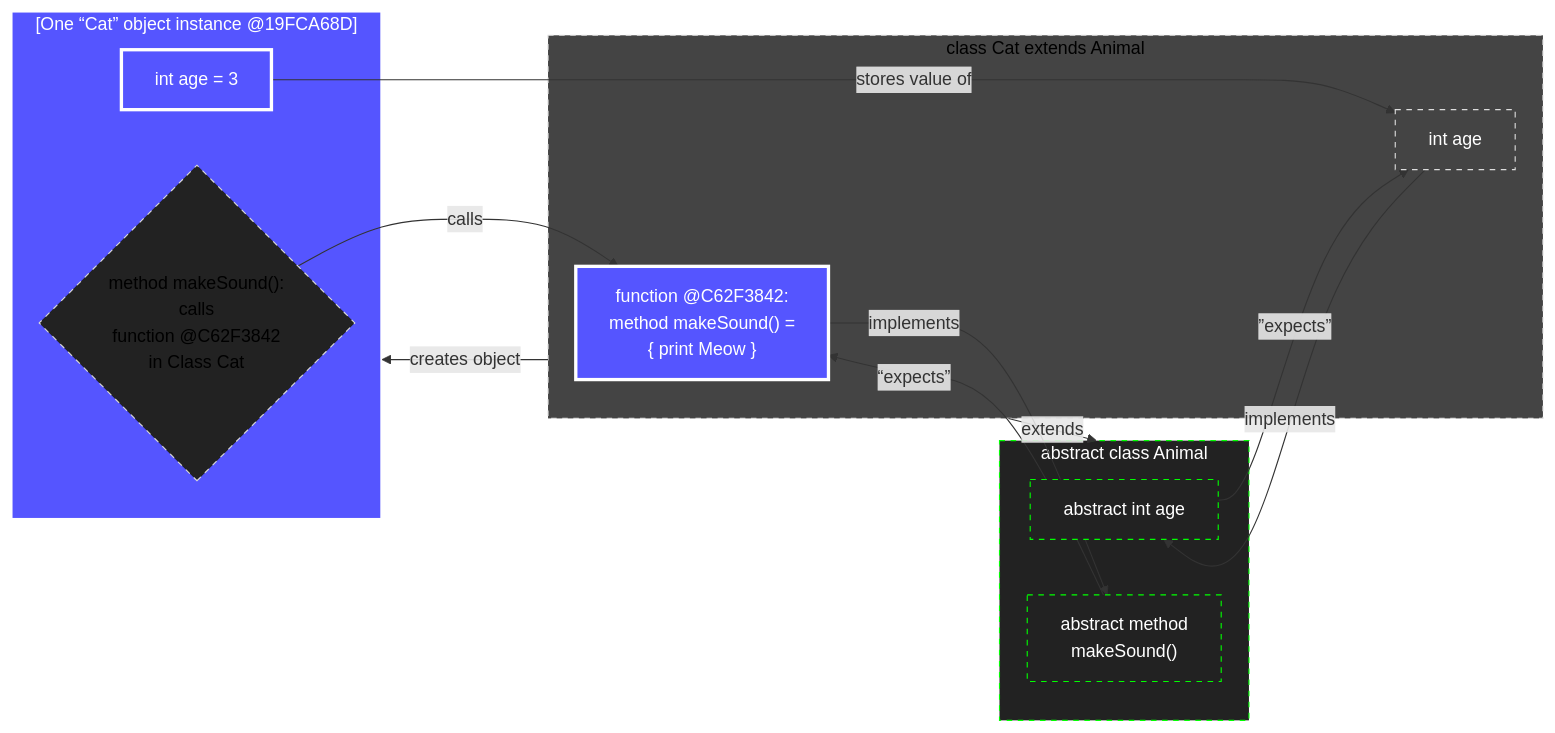
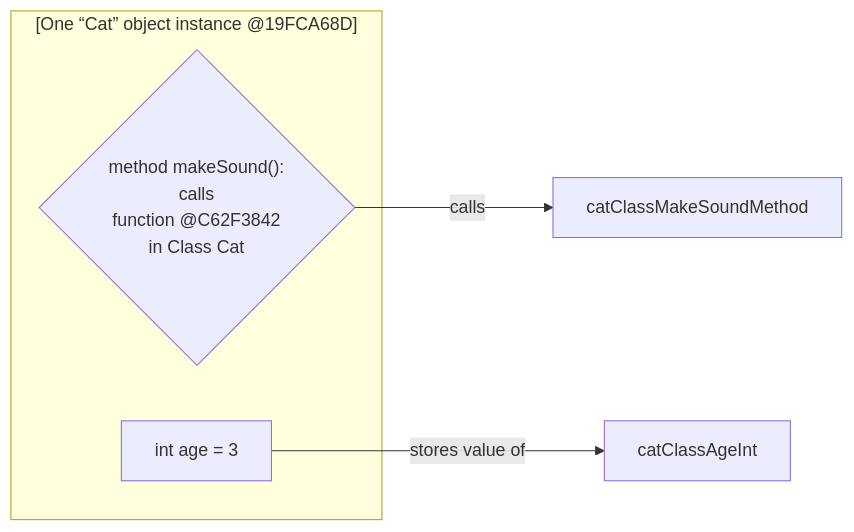
The first of 5 diagrams in 09-ClassOrientedProgramming.md (realityexpander/How_to_program_from_ground_up), drawn with Mermaid before and after one commit.

Commit message:
Add to COP

````diff
--- a/09-ClassOrientedProgramming.md
+++ b/09-ClassOrientedProgramming.md
@@ -28,39 +28,39 @@
     ```mermaid
       flowchart LR
       
     catObjectMakeSoundMethodFunctionPointer -- calls --> catClassMakeSoundMethod:::Object
       catObjectAgeInt -- stores value of --> catClassAgeInt
       subgraph catObject["[One “Cat” object instance @19FCA68D]"]
           catObjectAgeInt["int age = 3"]
           catObjectMakeSoundMethodFunctionPointer{"method makeSound(): 
                                              calls 
                                        function @C62F3842
                                        in Class Cat"}
       end
-      abstractAgeInt -- ”expects” --> catClassAgeInt
-      abstractMakeSoundMethod -- “expects” --> catClassMakeSoundMethod:::Object
-      catClassAgeInt -- implements --> abstractAgeInt:::Abstract
-      subgraph classCat["class Cat extends Animal"]
-          catClassAgeInt["int age"]
-          catClassMakeSoundMethod["function @C62F3842:  
-                      method makeSound() =
-                      { print Meow }"]
-      end
-      
-      classCat -- creates object --> catObject:::Object
-      classCat -- extends --> abstractAnimal:::Abstract
-      catClassMakeSoundMethod -- implements --> abstractMakeSoundMethod:::Abstract
-      subgraph abstractAnimal["abstract class Animal"]
-        abstractAgeInt["abstract int age"]
-        abstractMakeSoundMethod["abstract method 
-                                 makeSound()"]
-      end
-      
-      classDef Abstract fill:#222, stroke:#0F0, stroke-width:1px, color:#fff, stroke-dasharray: 5 5
-      classDef Class fill:#444, stroke:#00F, stroke-width:1px, color:#000, stroke-dasharray: 5 5
-      style classCat fill:#444, stroke:#DDD, stroke-width:1px, color:#000, stroke-dasharray: 5 5
-      style catClassAgeInt fill:#444, stroke:#DDD, stroke-width:1px, color:#FFF, stroke-dasharray: 5 5
-      classDef Object fill:#55F, stroke:#FFF, stroke-width:3px, color:#fff
-      style catObjectAgeInt fill:#55F, stroke:#FFF, stroke-width:3px, color:#fff
-      style catObjectMakeSoundMethodFunctionPointer fill:#222, stroke:#DDD, stroke-width:1px, color:#000, stroke-dasharray: 5 5
+%%      abstractAgeInt -- ”expects” --> catClassAgeInt
+%%      abstractMakeSoundMethod -- “expects” --> catClassMakeSoundMethod:::Object
+%%      catClassAgeInt -- implements --> abstractAgeInt:::Abstract
+%%      subgraph classCat["class Cat extends Animal"]
+%%          catClassAgeInt["int age"]
+%%          catClassMakeSoundMethod["function @C62F3842:  
+%%                      method makeSound() =
+%%                      { print Meow }"]
+%%      end
+%%      
+%%      classCat -- creates object --> catObject:::Object
+%%      classCat -- extends --> abstractAnimal:::Abstract
+%%      catClassMakeSoundMethod -- implements --> abstractMakeSoundMethod:::Abstract
+%%      subgraph abstractAnimal["abstract class Animal"]
+%%        abstractAgeInt["abstract int age"]
+%%        abstractMakeSoundMethod["abstract method 
+%%                                 makeSound()"]
+%%      end
+%%      
+%%      classDef Abstract fill:#222, stroke:#0F0, stroke-width:1px, color:#fff, stroke-dasharray: 5 5
+%%      classDef Class fill:#444, stroke:#00F, stroke-width:1px, color:#000, stroke-dasharray: 5 5
+%%      style classCat fill:#444, stroke:#DDD, stroke-width:1px, color:#000, stroke-dasharray: 5 5
+%%      style catClassAgeInt fill:#444, stroke:#DDD, stroke-width:1px, color:#FFF, stroke-dasharray: 5 5
+%%      classDef Object fill:#55F, stroke:#FFF, stroke-width:3px, color:#fff
+%%      style catObjectAgeInt fill:#55F, stroke:#FFF, stroke-width:3px, color:#fff
+%%      style catObjectMakeSoundMethodFunctionPointer fill:#222, stroke:#DDD, stroke-width:1px, color:#000, stroke-dasharray: 5 5
     ```
````
